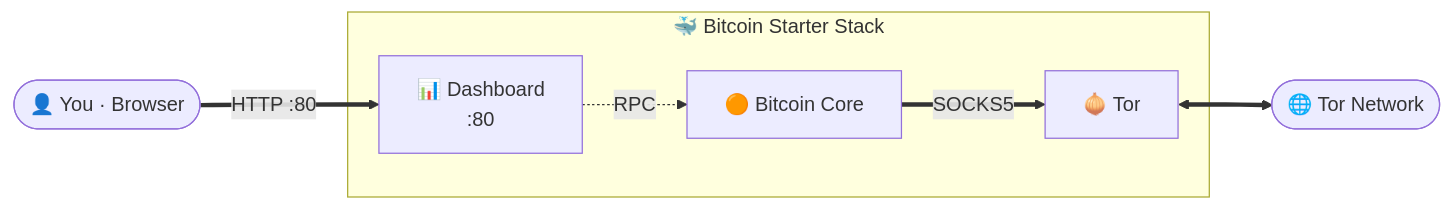
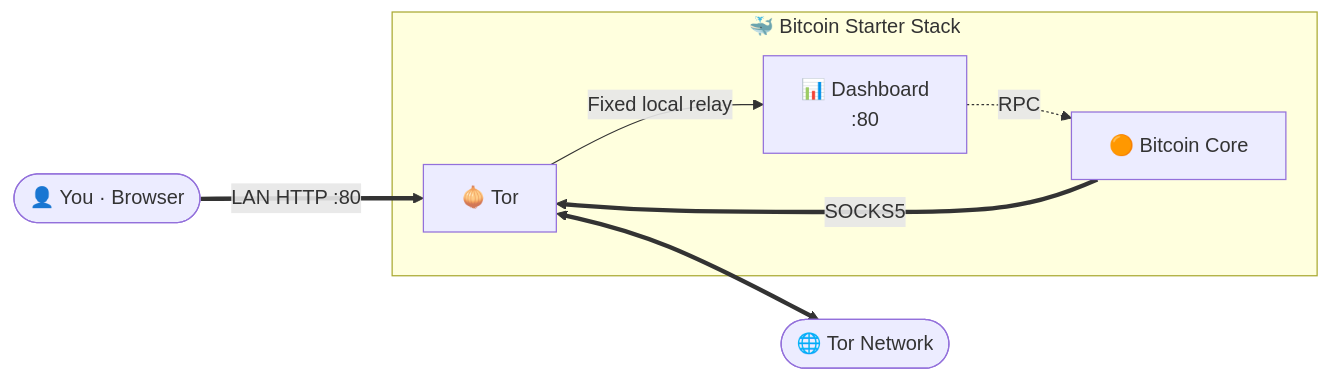
One commit to VijitSingh97/bitcoin-starter-stack changed the diagram in README.md. Above: the diagram before and after it, drawn with Mermaid. The commit also changed other lines of this file and 38 other files, not shown here.

````diff
--- a/README.md
+++ b/README.md
@@ -129,16 +133,17 @@
 ```mermaid
 flowchart LR
     You(["👤 You · Browser"])
     Net(["🌐 Tor Network"])
 
     subgraph stack ["🐳 Bitcoin Starter Stack"]
         Dashboard["📊 Dashboard<br/>:80"]
         Bitcoin["🟠 Bitcoin Core"]
         Tor["🧅 Tor"]
     end
 
-    You ==>|HTTP :80| Dashboard
+    You ==>|LAN HTTP :80| Tor
+    Tor -->|Fixed local relay| Dashboard
     Dashboard -.->|RPC| Bitcoin
     Bitcoin ==>|SOCKS5| Tor
     Tor <==> Net
 ```
````
